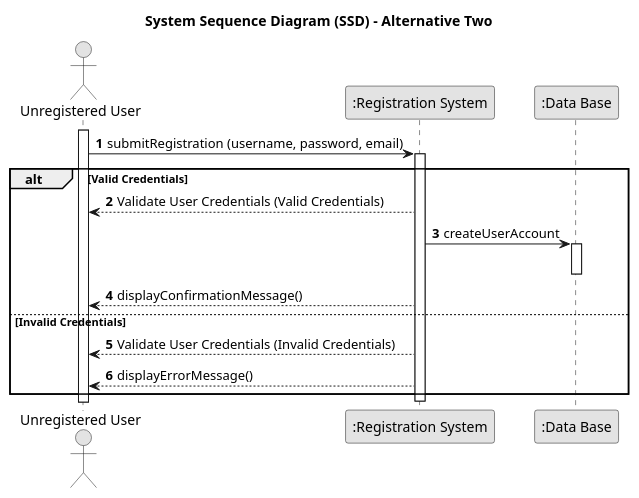
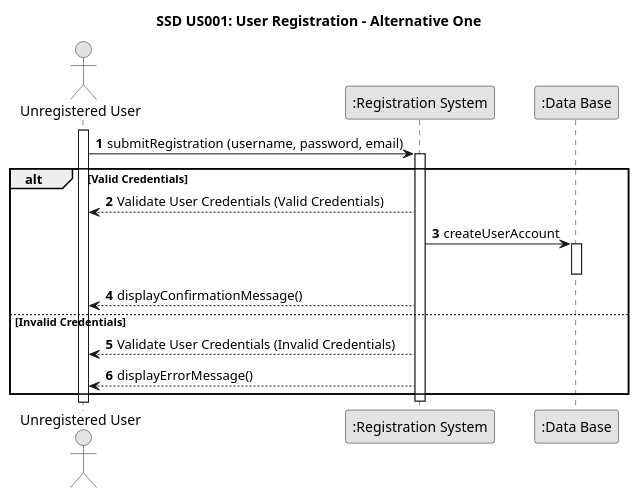
The diagram in docs/sprint01/us001/01.requirements-engineering/puml/us001-system-sequence-diagram-alternative-two.puml (TiagoMagalhaes1232507/Testando-projeto), drawn with PlantUML before and after one commit. The commit also changed 8 other files, not shown here.

```diff
--- a/docs/sprint01/us001/01.requirements-engineering/puml/us001-system-sequence-diagram-alternative-two.puml
+++ b/docs/sprint01/us001/01.requirements-engineering/puml/us001-system-sequence-diagram-alternative-two.puml
@@ -1,37 +1,37 @@
 @startuml
 skinparam monochrome true
 skinparam packageStyle rectangle
 skinparam shadowing false
 
-title System Sequence Diagram (SSD) - Alternative Two
+title SSD US001: User Registration - Alternative One
 
 autonumber
 
 actor "Unregistered User" as User
 participant ":Registration System" as System
 participant ":Data Base" as Database
 
 activate User
 
     User -> System : submitRegistration (username, password, email)
     activate System
 
     alt Valid Credentials
 
         System --> User : Validate User Credentials (Valid Credentials)
     
         System -> Database: createUserAccount 
     activate Database
     deactivate Database
 
         System --> User: displayConfirmationMessage()
     
     else Invalid Credentials
 
         System --> User: Validate User Credentials (Invalid Credentials) 
 
         System --> User: displayErrorMessage()
     End alt
     
     deactivate System
 @enduml
```
